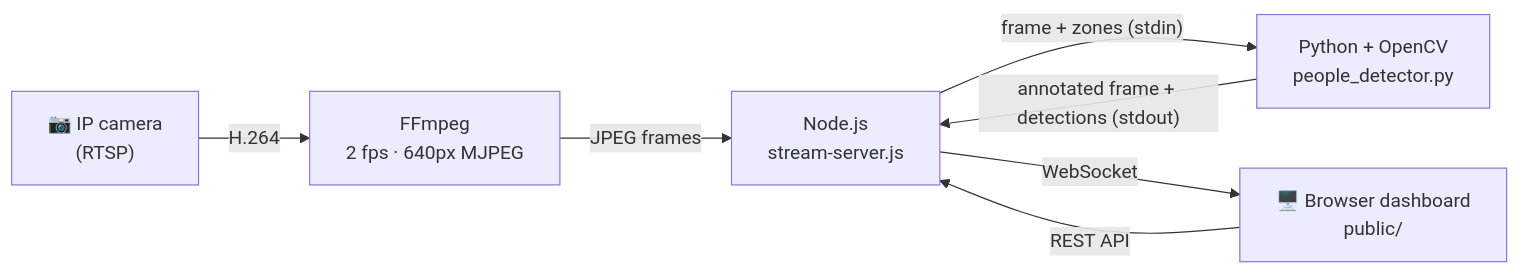
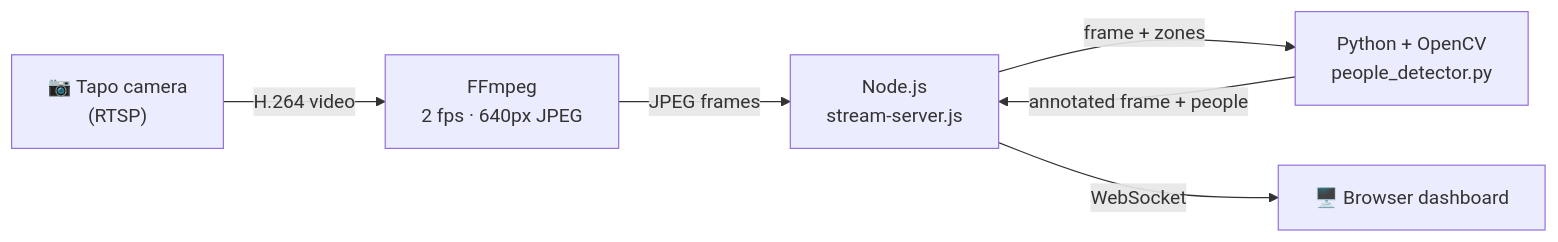
One commit to charlespura/CCtvmonitoring changed the diagram in README.md. Above: the diagram before and after it, drawn with Mermaid. The commit also changed other lines of this file, not shown here.

````diff
--- a/README.md
+++ b/README.md
@@ -38,9 +353,8 @@
 ```mermaid
 flowchart LR
-    CAM["📷 IP camera<br/>(RTSP)"] -->|H.264| FF["FFmpeg<br/>2 fps · 640px MJPEG"]
+    CAM["📷 Tapo camera<br/>(RTSP)"] -->|H.264 video| FF["FFmpeg<br/>2 fps · 640px JPEG"]
     FF -->|JPEG frames| NODE["Node.js<br/>stream-server.js"]
-    NODE -->|"frame + zones (stdin)"| PY["Python + OpenCV<br/>people_detector.py"]
-    PY -->|"annotated frame + detections (stdout)"| NODE
-    NODE -->|WebSocket| UI["🖥️ Browser dashboard<br/>public/"]
-    UI -->|REST API| NODE
+    NODE -->|"frame + zones"| PY["Python + OpenCV<br/>people_detector.py"]
+    PY -->|"annotated frame + people"| NODE
+    NODE -->|WebSocket| UI["🖥️ Browser dashboard"]
 ```
````
